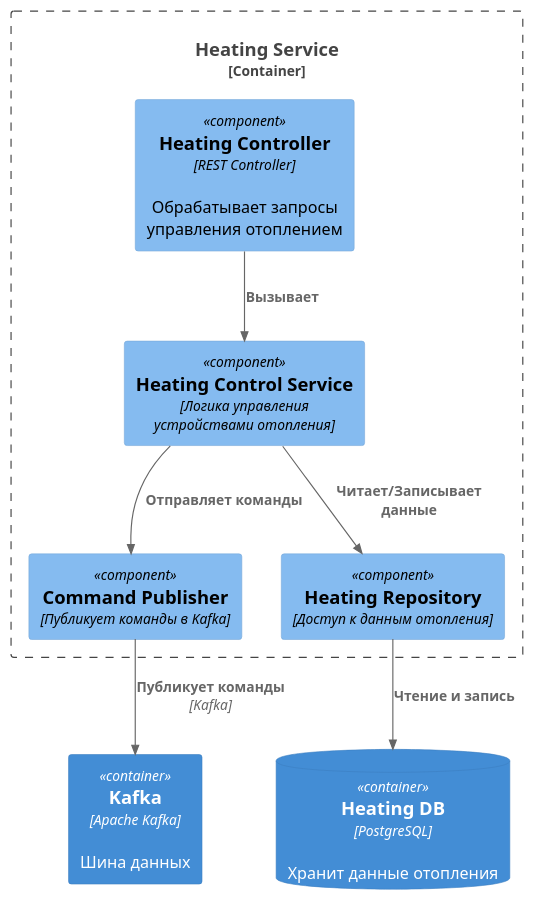
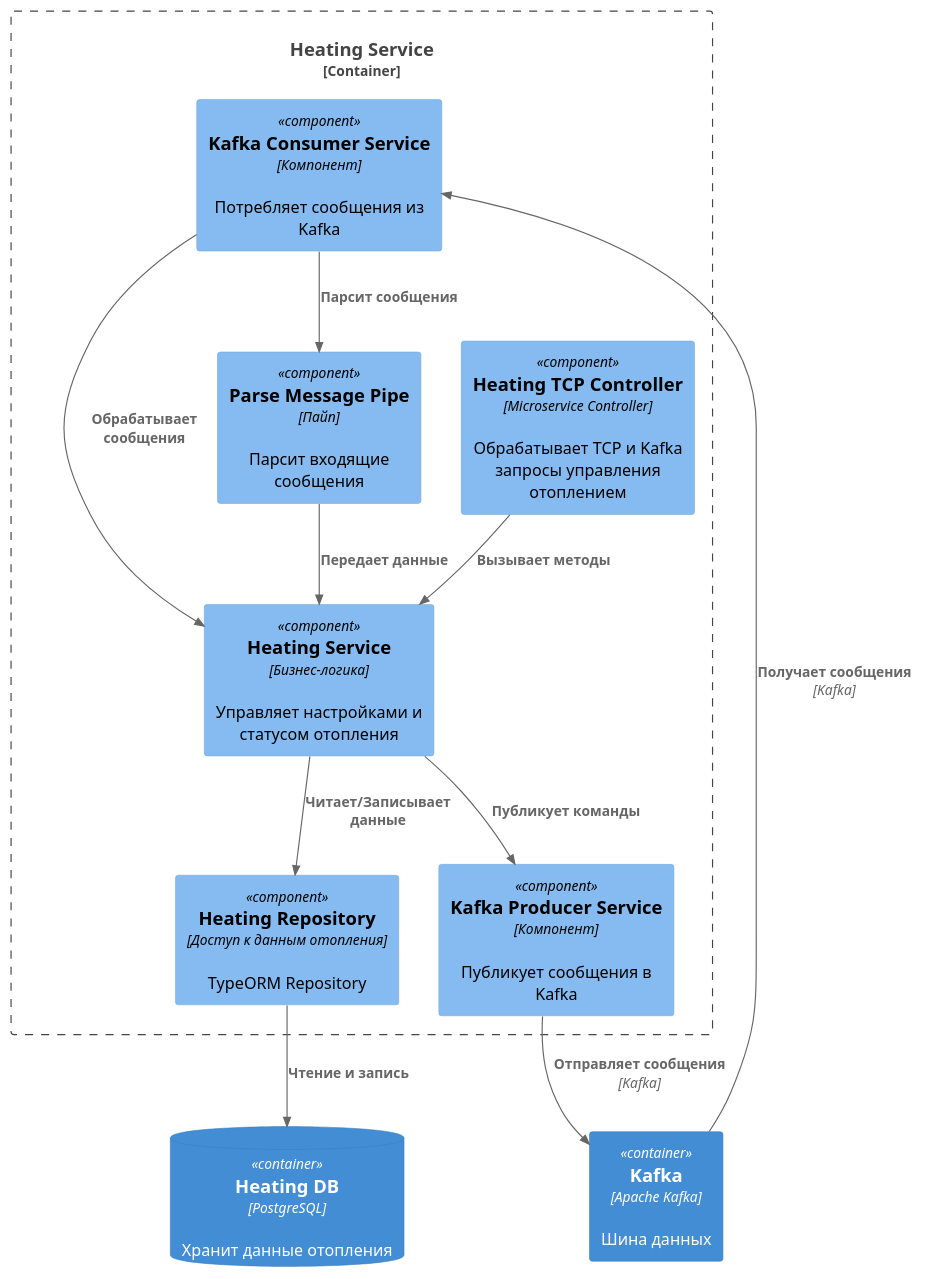
One commit to Veles-Pan/practicum-architecture-sprint-3 changed the second of 10 diagrams in docs/diagrams/src/task_2.puml. Above: the diagram before and after it, drawn with PlantUML. The commit also changed other lines of this file and 12 other files, not shown here.

```diff
--- a/docs/diagrams/src/task_2.puml
+++ b/docs/diagrams/src/task_2.puml
@@ -69,27 +70,37 @@
 @startuml heating_service_component
 !include C4_Component.puml
 
 Container_Boundary(heatingService, "Heating Service") {
 
-    ' Контекст Управления устройствами
-    Component(heatingController, "Heating Controller", "REST Controller", "Обрабатывает запросы управления отоплением")
-    Component(heatingControlService, "Heating Control Service", "Логика управления устройствами отопления")
-    Component(commandPublisher, "Command Publisher", "Публикует команды в Kafka")
-        
-    ' Общие компоненты
-    Component(heatingRepository, "Heating Repository", "Доступ к данным отопления")
+    ' Контроллеры
+    Component(heatingTcpController, "Heating TCP Controller", "Microservice Controller", "Обрабатывает TCP и Kafka запросы управления отоплением")
+
+    ' Сервисы
+    Component(heatingServiceComponent, "Heating Service", "Бизнес-логика", "Управляет настройками и статусом отопления")
+
+    ' Компоненты Kafka
+    Component(kafkaProducerService, "Kafka Producer Service", "Компонент", "Публикует сообщения в Kafka")
+    Component(kafkaConsumerService, "Kafka Consumer Service", "Компонент", "Потребляет сообщения из Kafka")
+
+    ' Репозитории
+    Component(heatingRepository, "Heating Repository", "Доступ к данным отопления", "TypeORM Repository")
+
+    ' Пайпы
+    Component(parseMessagePipe, "Parse Message Pipe", "Пайп", "Парсит входящие сообщения")
 }
 
 ContainerDb(heatingDB, "Heating DB", "PostgreSQL", "Хранит данные отопления")
 Container(kafka, "Kafka", "Apache Kafka", "Шина данных")
 
-' Взаимодействия в контексте Управления устройствами
-Rel(heatingController, heatingControlService, "Вызывает")
-Rel(heatingControlService, commandPublisher, "Отправляет команды")
-Rel(commandPublisher, kafka, "Публикует команды", "Kafka")
-
-' Общие взаимодействия
-Rel(heatingControlService, heatingRepository, "Читает/Записывает данные")
+' Взаимодействия компонентов
+Rel(heatingTcpController, heatingServiceComponent, "Вызывает методы")
+Rel(heatingServiceComponent, heatingRepository, "Читает/Записывает данные")
+Rel(heatingServiceComponent, kafkaProducerService, "Публикует команды")
+Rel(kafkaProducerService, kafka, "Отправляет сообщения", "Kafka")
+Rel(kafka, kafkaConsumerService, "Получает сообщения", "Kafka")
+Rel(kafkaConsumerService, heatingServiceComponent, "Обрабатывает сообщения")
+Rel(kafkaConsumerService, parseMessagePipe, "Парсит сообщения")
+Rel(parseMessagePipe, heatingServiceComponent, "Передает данные")
 Rel(heatingRepository, heatingDB, "Чтение и запись")
 
 @enduml
```
